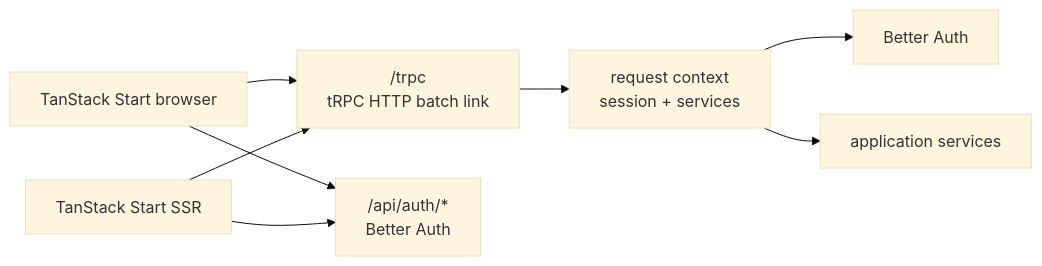
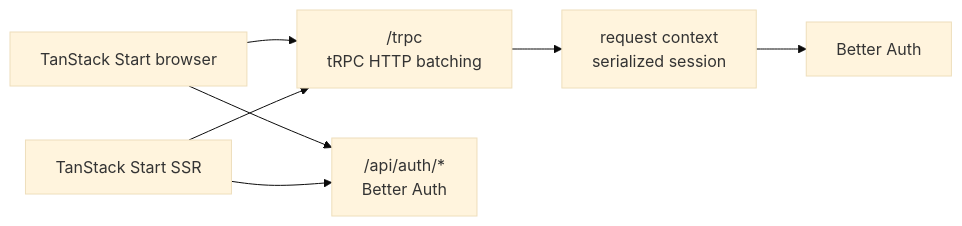
The diagram in docs/architecture/trpc-migration.md (yegor-klymenchuk/saas-monorepo), drawn with Mermaid (base theme) before and after one commit. The commit also changed other lines of this file and 94 other files, not shown here.

````diff
--- a/docs/architecture/trpc-migration.md
+++ b/docs/architecture/trpc-migration.md
@@ -39,10 +26,9 @@
 ```mermaid
 flowchart LR
-    Browser["TanStack Start browser"] --> TRPC["/trpc<br/>tRPC HTTP batch link"]
+    Browser["TanStack Start browser"] --> TRPC["/trpc<br/>tRPC HTTP batching"]
     SSR["TanStack Start SSR"] --> TRPC
     Browser --> Auth["/api/auth/*<br/>Better Auth"]
     SSR --> Auth
-    TRPC --> Context["request context<br/>session + services"]
+    TRPC --> Context["request context<br/>serialized session"]
     Context --> BetterAuth["Better Auth"]
-    Context --> Services["application services"]
 ```
````
